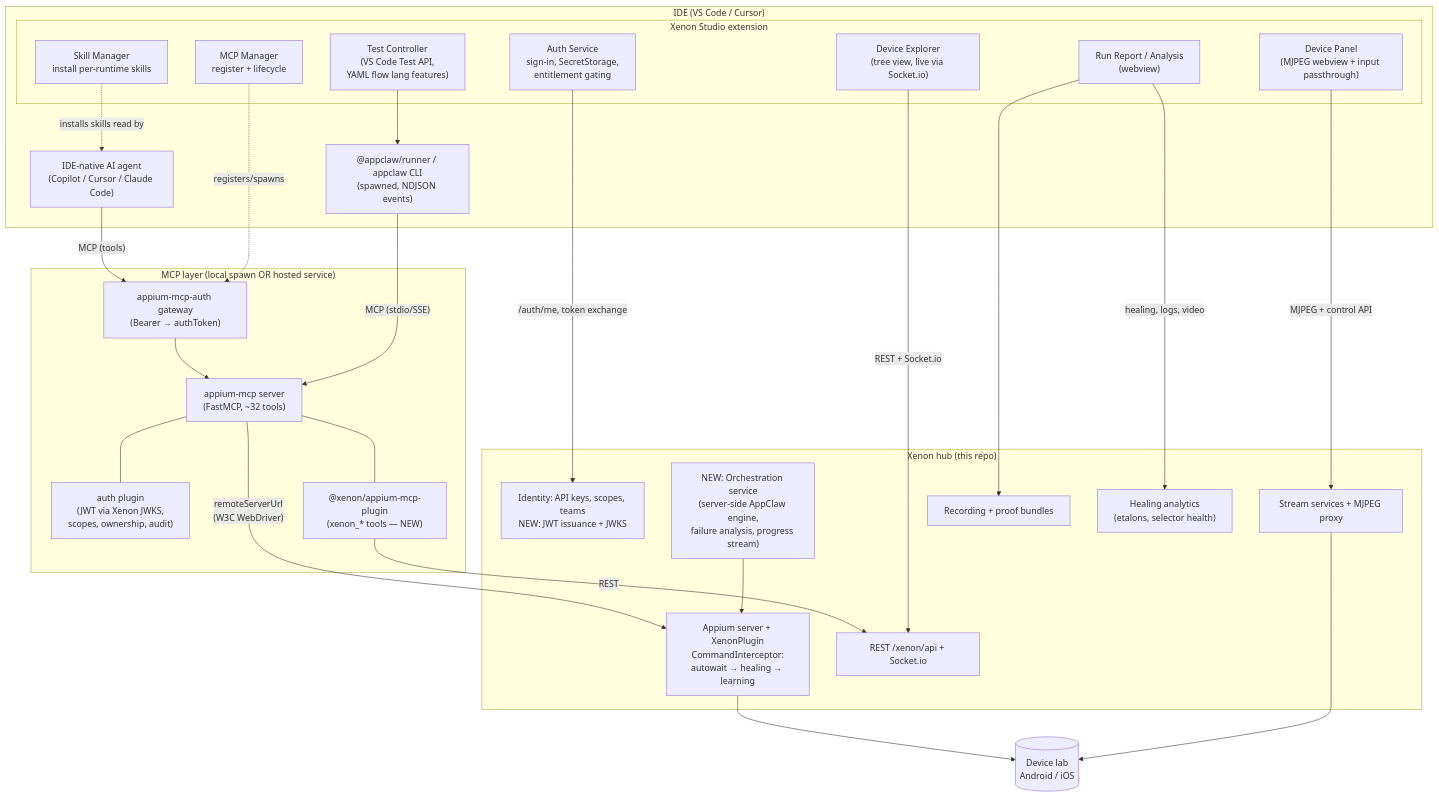
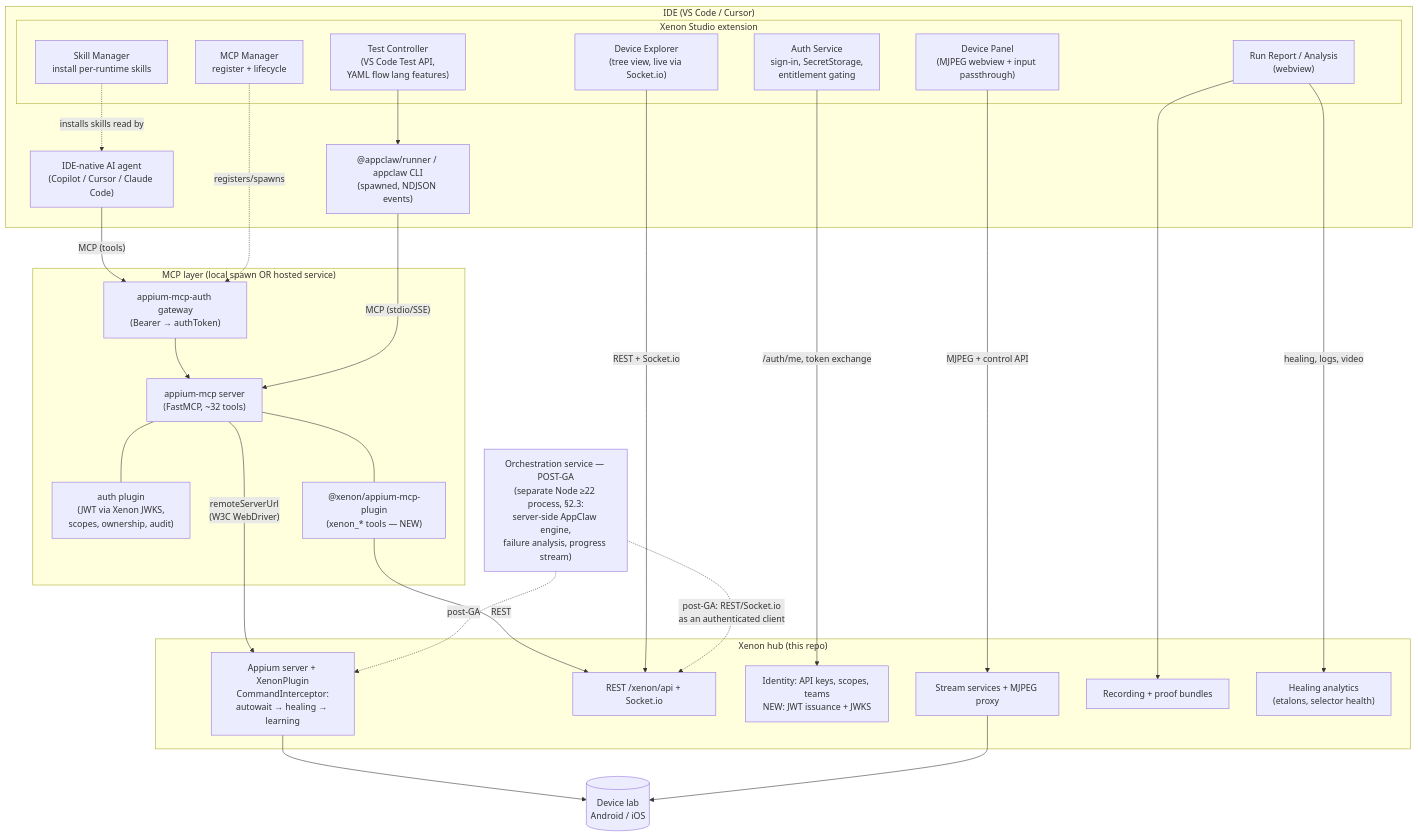
One commit to Rabindra184/xenon changed the first of 2 diagrams in docs/superpowers/specs/2026-07-17-xenon-ide-extension-design.md. Above: the diagram before and after it, drawn with Mermaid. The commit also changed other lines of this file, not shown here.

````diff
--- a/docs/superpowers/specs/2026-07-17-xenon-ide-extension-design.md
+++ b/docs/superpowers/specs/2026-07-17-xenon-ide-extension-design.md
@@ -77,54 +77,56 @@
 ```mermaid
 flowchart TB
     subgraph IDE["IDE (VS Code / Cursor)"]
         AGENT["IDE-native AI agent<br/>(Copilot / Cursor / Claude Code)"]
         subgraph EXT["Xenon Studio extension"]
             MCPMGR["MCP Manager<br/>register + lifecycle"]
             SKILLS["Skill Manager<br/>install per-runtime skills"]
             AUTHSVC["Auth Service<br/>sign-in, SecretStorage,<br/>entitlement gating"]
             DEVEXP["Device Explorer<br/>(tree view, live via Socket.io)"]
             DEVPANEL["Device Panel<br/>(MJPEG webview + input passthrough)"]
             TESTS["Test Controller<br/>(VS Code Test API,<br/>YAML flow lang features)"]
             REPORT["Run Report / Analysis<br/>(webview)"]
         end
         RUNNER["@appclaw/runner / appclaw CLI<br/>(spawned, NDJSON events)"]
     end
 
     subgraph MCPSVC["MCP layer (local spawn OR hosted service)"]
         GATEWAY["appium-mcp-auth gateway<br/>(Bearer → authToken)"]
         MCP["appium-mcp server<br/>(FastMCP, ~32 tools)"]
         AUTHPLUG["auth plugin<br/>(JWT via Xenon JWKS,<br/>scopes, ownership, audit)"]
         XPLUG["@xenon/appium-mcp-plugin<br/>(xenon_* tools — NEW)"]
         GATEWAY --> MCP
         MCP --- AUTHPLUG
         MCP --- XPLUG
     end
 
     subgraph XENON["Xenon hub (this repo)"]
         APPIUM["Appium server + XenonPlugin<br/>CommandInterceptor:<br/>autowait → healing → learning"]
         REST["REST /xenon/api + Socket.io"]
         IDP["Identity: API keys, scopes, teams<br/>NEW: JWT issuance + JWKS"]
-        ORCH["NEW: Orchestration service<br/>(server-side AppClaw engine,<br/>failure analysis, progress stream)"]
         STREAMS["Stream services + MJPEG proxy"]
         REC["Recording + proof bundles"]
         HEAL["Healing analytics<br/>(etalons, selector health)"]
     end
+
+    ORCH["Orchestration service — POST-GA<br/>(separate Node ≥22 process, §2.3:<br/>server-side AppClaw engine,<br/>failure analysis, progress stream)"]
 
     DEVICES[("Device lab<br/>Android / iOS")]
 
     AGENT -- "MCP (tools)" --> GATEWAY
     MCPMGR -. "registers/spawns" .-> GATEWAY
     SKILLS -. "installs skills read by" .-> AGENT
     MCP -- "remoteServerUrl<br/>(W3C WebDriver)" --> APPIUM
     XPLUG -- "REST" --> REST
     TESTS --> RUNNER
     RUNNER -- "MCP (stdio/SSE)" --> MCP
     AUTHSVC -- "/auth/me, token exchange" --> IDP
     DEVEXP -- "REST + Socket.io" --> REST
     DEVPANEL -- "MJPEG + control API" --> STREAMS
     REPORT -- "healing, logs, video" --> HEAL
     REPORT --> REC
-    ORCH --> APPIUM
+    ORCH -. "post-GA: REST/Socket.io<br/>as an authenticated client" .-> REST
+    ORCH -. "post-GA" .-> APPIUM
     APPIUM --> DEVICES
     STREAMS --> DEVICES
 ```
````
